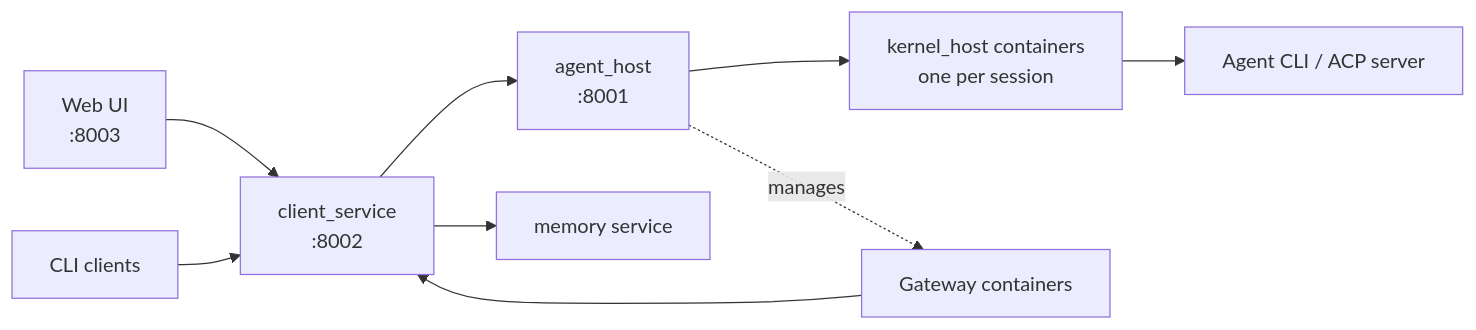
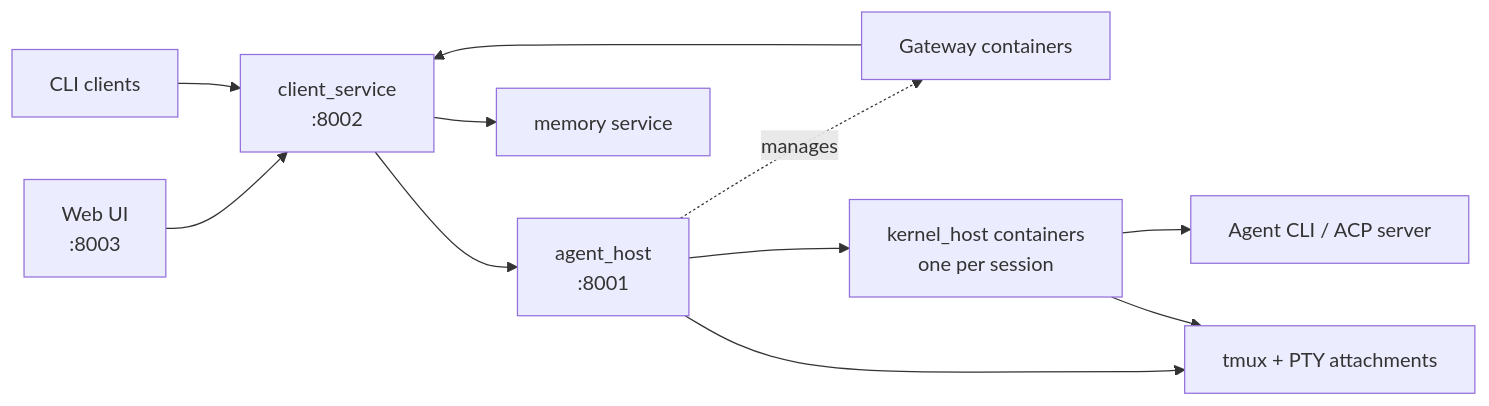
One commit to andysalerno/agentspace changed the diagram in README.md. Above: the diagram before and after it, drawn with Mermaid. The commit also changed other lines of this file and 89 other files, not shown here.

````diff
--- a/README.md
+++ b/README.md
@@ -70,20 +70,23 @@
 ```mermaid
 flowchart LR
     Web["Web UI<br/>:8003"]
     CLI["CLI clients"]
     Gateway["Gateway containers"]
     Client["client_service<br/>:8002"]
     Host["agent_host<br/>:8001"]
     Kernel["kernel_host containers<br/>one per session"]
+    Terminal["tmux + PTY attachments"]
     Harness["Agent CLI / ACP server"]
     Memory["memory service"]
 
     Web --> Client
     CLI --> Client
     Gateway --> Client
     Client --> Host
     Client --> Memory
     Host --> Kernel
     Host -. manages .-> Gateway
     Kernel --> Harness
+    Host --> Terminal
+    Kernel --> Terminal
 ```
````
